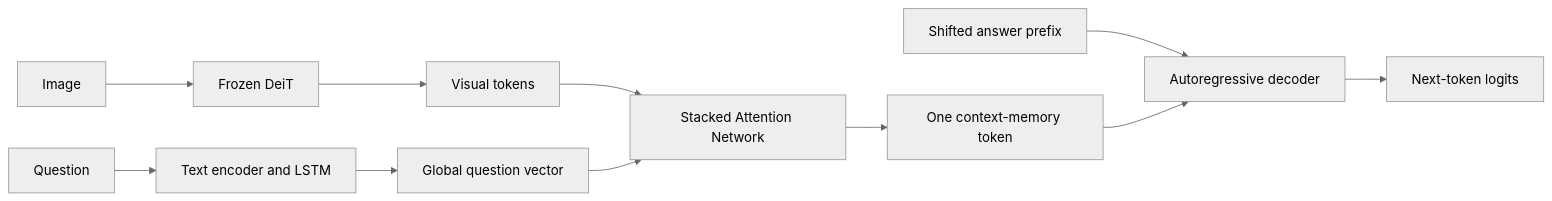
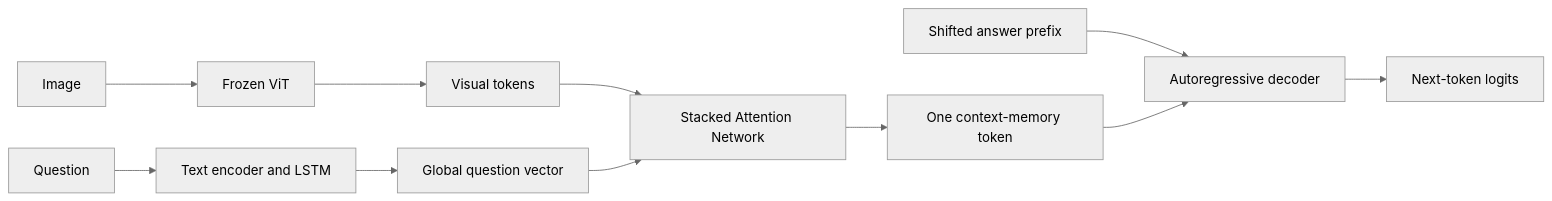
One commit to Hovohoangduy/OT-VQA changed the first of 3 diagrams in docs/optimal_transport_implementation_plan.md. Above: the diagram before and after it, drawn with Mermaid (neutral theme). The commit also changed other lines of this file and 21 other files, not shown here.

````diff
--- a/docs/optimal_transport_implementation_plan.md
+++ b/docs/optimal_transport_implementation_plan.md
@@ -82,13 +82,13 @@
 ```mermaid
 flowchart LR
-    I[Image] --> VE[Frozen DeiT]
+    I[Image] --> VE[Frozen ViT]
     VE --> V[Visual tokens]
     Q[Question] --> QE[Text encoder and LSTM]
     QE --> G[Global question vector]
     V --> SAN[Stacked Attention Network]
     G --> SAN
     SAN --> M[One context-memory token]
     A[Shifted answer prefix] --> D[Autoregressive decoder]
     M --> D
     D --> O[Next-token logits]
 ```
````
